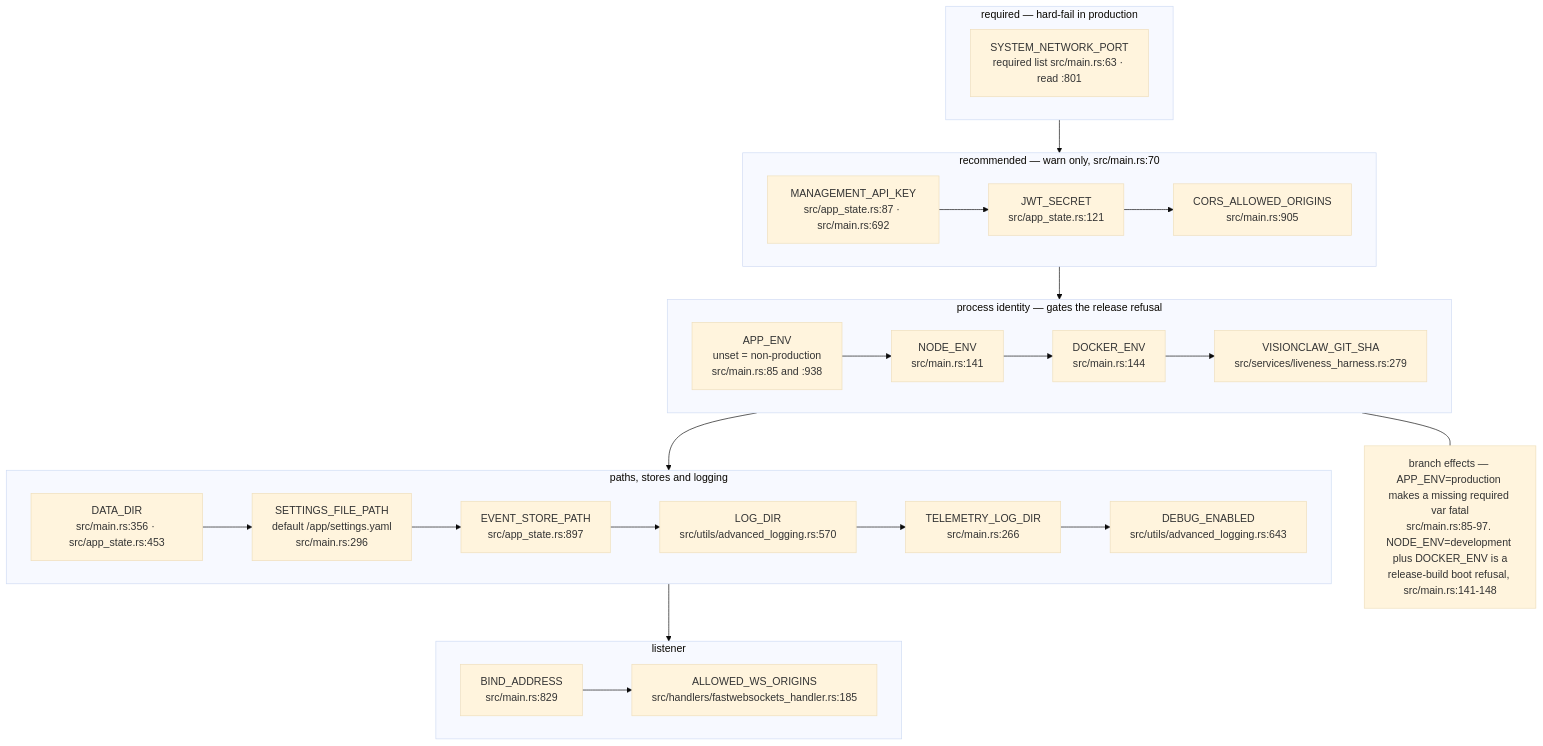
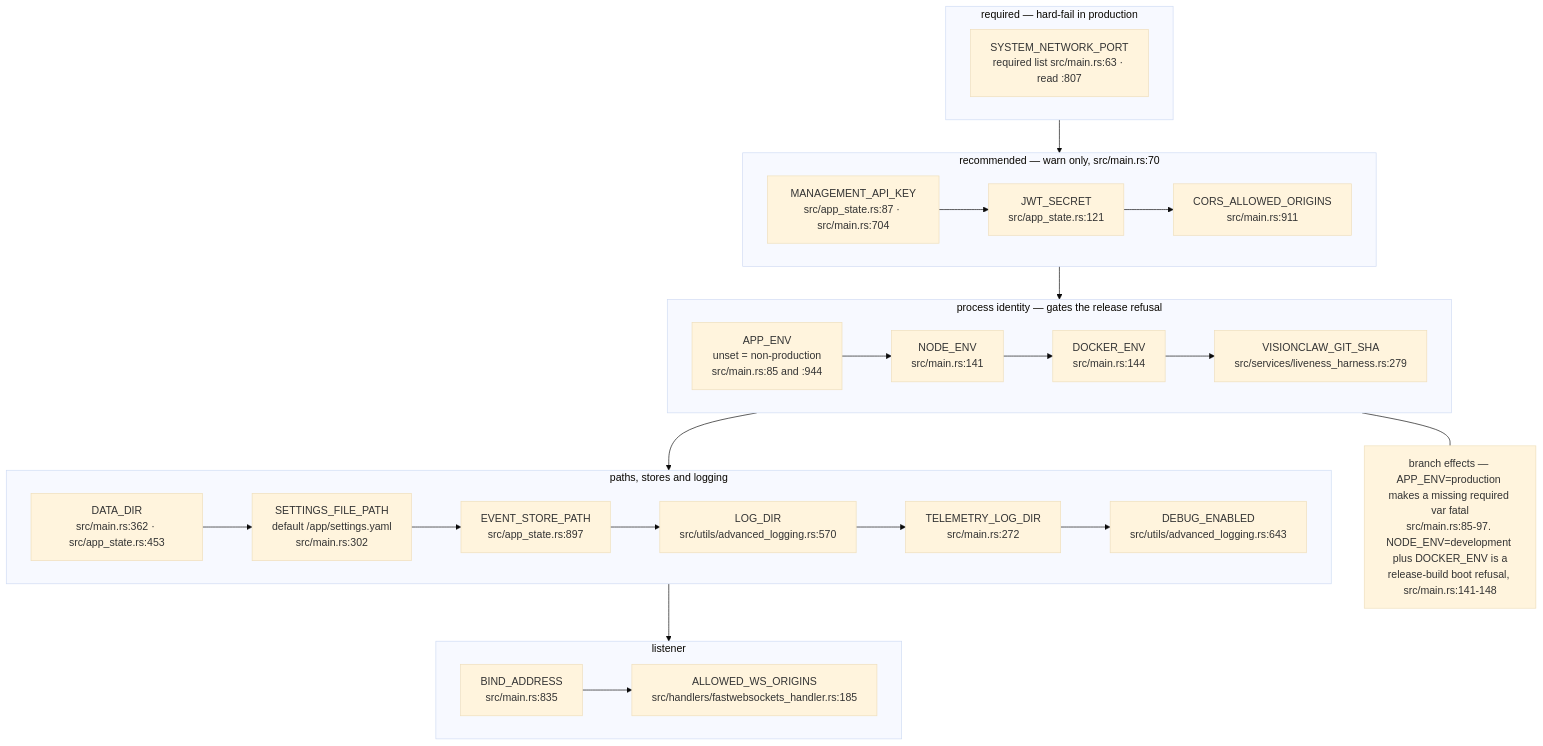
The eighth of 15 diagrams in docs/diagrams/visionclaw/09-config-and-env-flags.md (DreamLab-AI/VisionFlow), drawn with Mermaid (base theme) before and after one commit. The commit also changed other lines of this file and 32 other files, not shown here.

````diff
--- a/docs/diagrams/visionclaw/09-config-and-env-flags.md
+++ b/docs/diagrams/visionclaw/09-config-and-env-flags.md
@@ -378,21 +381,21 @@
 ```mermaid
 flowchart TB
     subgraph REQ["required — hard-fail in production"]
-        E1["SYSTEM_NETWORK_PORT<br/>required list src/main.rs:63 · read :801"]
+        E1["SYSTEM_NETWORK_PORT<br/>required list src/main.rs:63 · read :807"]
     end
     subgraph RECO["recommended — warn only, src/main.rs:70"]
-        E2["MANAGEMENT_API_KEY<br/>src/app_state.rs:87 · src/main.rs:692"] --> E3["JWT_SECRET<br/>src/app_state.rs:121"] --> E4["CORS_ALLOWED_ORIGINS<br/>src/main.rs:905"]
+        E2["MANAGEMENT_API_KEY<br/>src/app_state.rs:87 · src/main.rs:704"] --> E3["JWT_SECRET<br/>src/app_state.rs:121"] --> E4["CORS_ALLOWED_ORIGINS<br/>src/main.rs:911"]
     end
     subgraph IDENT["process identity — gates the release refusal"]
-        E5["APP_ENV<br/>unset = non-production<br/>src/main.rs:85 and :938"] --> E6["NODE_ENV<br/>src/main.rs:141"] --> E7["DOCKER_ENV<br/>src/main.rs:144"] --> E8["VISIONCLAW_GIT_SHA<br/>src/services/liveness_harness.rs:279"]
+        E5["APP_ENV<br/>unset = non-production<br/>src/main.rs:85 and :944"] --> E6["NODE_ENV<br/>src/main.rs:141"] --> E7["DOCKER_ENV<br/>src/main.rs:144"] --> E8["VISIONCLAW_GIT_SHA<br/>src/services/liveness_harness.rs:279"]
     end
     subgraph PATHS["paths, stores and logging"]
-        E9["DATA_DIR<br/>src/main.rs:356 · src/app_state.rs:453"] --> E10["SETTINGS_FILE_PATH<br/>default /app/settings.yaml<br/>src/main.rs:296"] --> E11["EVENT_STORE_PATH<br/>src/app_state.rs:897"] --> E12["LOG_DIR<br/>src/utils/advanced_logging.rs:570"] --> E13["TELEMETRY_LOG_DIR<br/>src/main.rs:266"] --> E14["DEBUG_ENABLED<br/>src/utils/advanced_logging.rs:643"]
+        E9["DATA_DIR<br/>src/main.rs:362 · src/app_state.rs:453"] --> E10["SETTINGS_FILE_PATH<br/>default /app/settings.yaml<br/>src/main.rs:302"] --> E11["EVENT_STORE_PATH<br/>src/app_state.rs:897"] --> E12["LOG_DIR<br/>src/utils/advanced_logging.rs:570"] --> E13["TELEMETRY_LOG_DIR<br/>src/main.rs:272"] --> E14["DEBUG_ENABLED<br/>src/utils/advanced_logging.rs:643"]
     end
     subgraph BIND["listener"]
-        E15["BIND_ADDRESS<br/>src/main.rs:829"] --> E16["ALLOWED_WS_ORIGINS<br/>src/handlers/fastwebsockets_handler.rs:185"]
+        E15["BIND_ADDRESS<br/>src/main.rs:835"] --> E16["ALLOWED_WS_ORIGINS<br/>src/handlers/fastwebsockets_handler.rs:185"]
     end
     REQ --> RECO --> IDENT --> PATHS --> BIND
     N["branch effects — APP_ENV=production makes a missing required var fatal<br/>src/main.rs:85-97. NODE_ENV=development plus DOCKER_ENV is a<br/>release-build boot refusal, src/main.rs:141-148"]
     IDENT --- N
 ```
````
